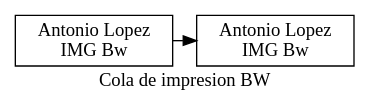
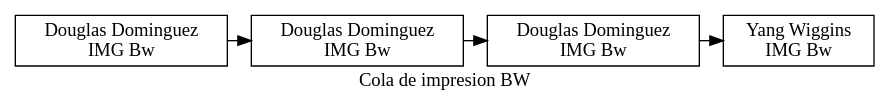
One commit to Kelly901/EDD_PROYECTO_FASE1_201900716 changed the diagram in [EDD]PROYECTO_FASE1_201900716/Proyecto1_Edd/impresoraBw.dot. Above: the diagram before and after it, drawn with Graphviz. The commit also changed 24 other files, not shown here.

```diff
--- a/[EDD]PROYECTO_FASE1_201900716/Proyecto1_Edd/impresoraBw.dot
+++ b/[EDD]PROYECTO_FASE1_201900716/Proyecto1_Edd/impresoraBw.dot
@@ -1,13 +1,19 @@
 digraph G{
 label="Cola de impresion BW";
 node[shape=box];
-n1175962212[label="Antonio Lopez
+n603742814[label="Yang Wiggins
 IMG Bw "];
-n918221580[label="Antonio Lopez
+n1067040082[label="Douglas Dominguez
+IMG Bw "];
+n1325547227[label="Douglas Dominguez
+IMG Bw "];
+n980546781[label="Douglas Dominguez
 IMG Bw "];
 
 {rank=same;
-n918221580->n1175962212;
+n1067040082->n603742814;
+n1325547227->n1067040082;
+n980546781->n1325547227;
 
 }
 }
```
